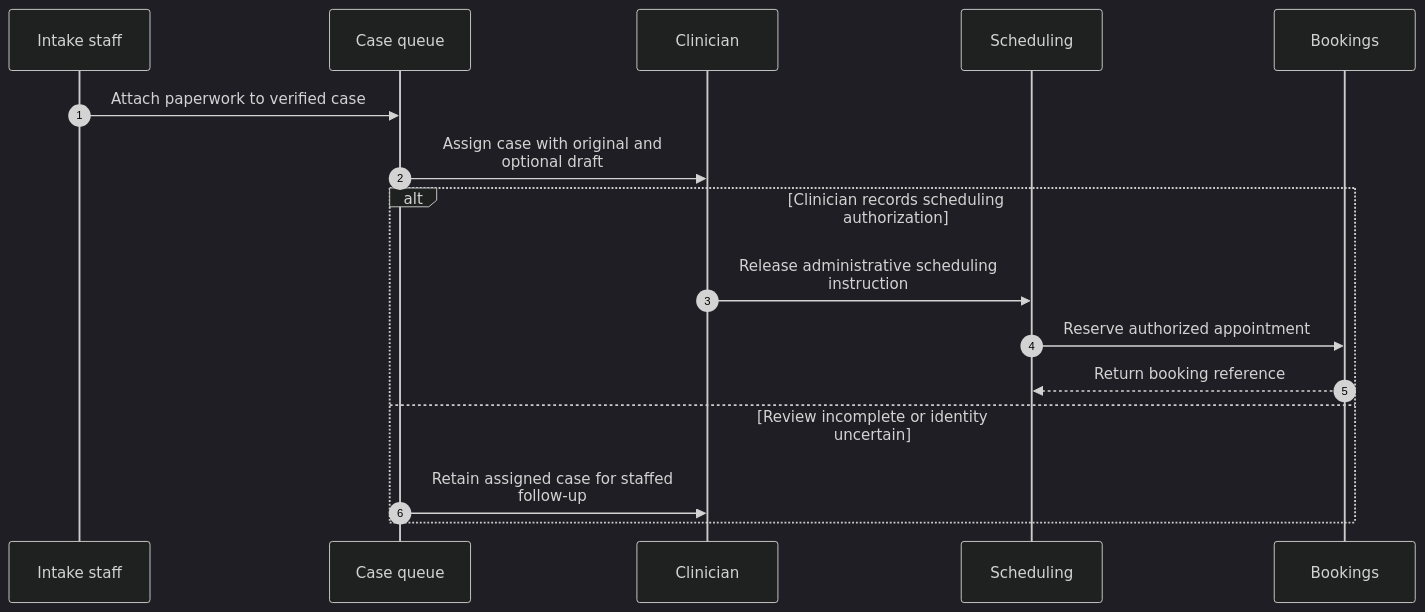
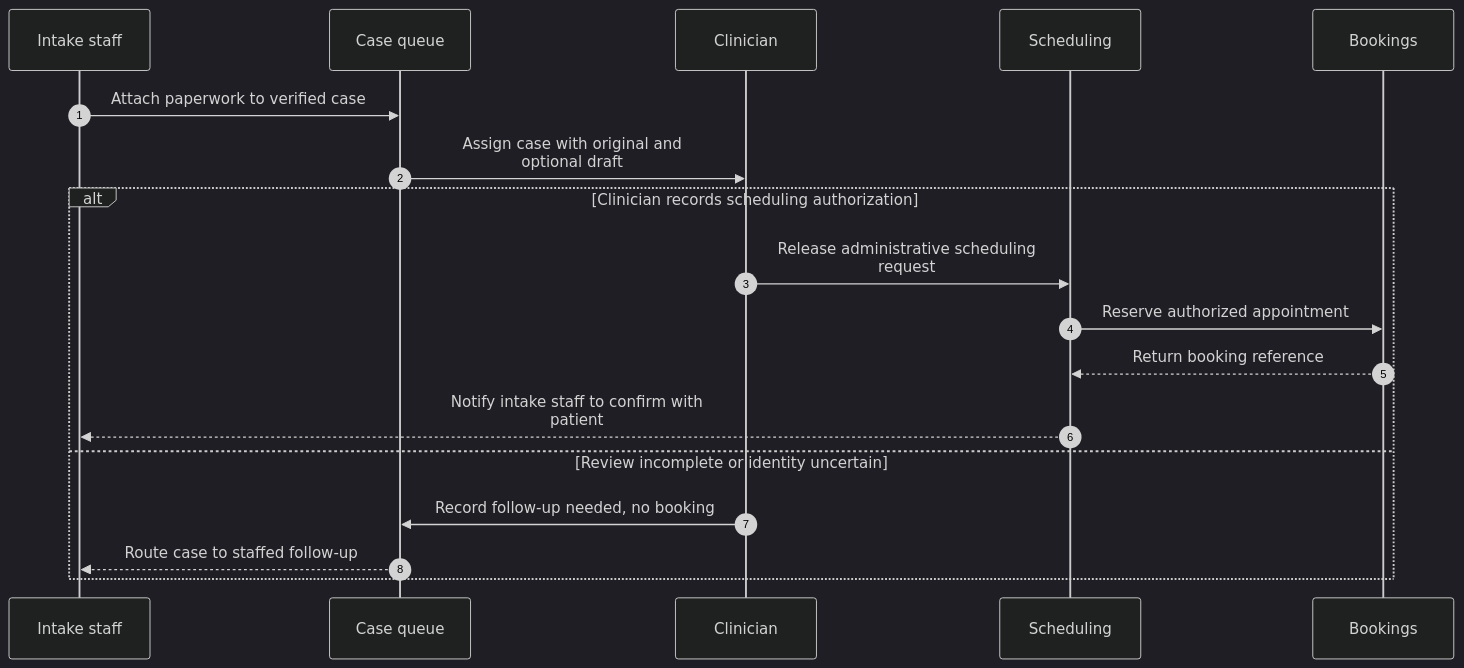
Before and after one commit to abhishek-ai-enabler/copilotstudio-architecture-patterns: the second of 2 diagrams in solution-ideas/cardiology-intake.md, drawn with Mermaid (dark theme). The commit also changed other lines of this file and 41 other files, not shown here.

First line of the commit message:
Review diagrams: add return paths and fix flow accuracy

````diff
--- a/solution-ideas/cardiology-intake.md
+++ b/solution-ideas/cardiology-intake.md
@@ -40,19 +41,21 @@
 ```mermaid
 sequenceDiagram
     accTitle: Clinician-reviewed cardiology intake and scheduling - technical flow
     autonumber
     participant U as Intake staff
     participant D as Case queue
     participant H as Clinician
     participant F as Scheduling
     participant B as Bookings
     U->>D: Attach paperwork to verified case
     D->>H: Assign case with original and<br/>optional draft
     alt Clinician records scheduling authorization
-        H->>F: Release administrative scheduling<br/>instruction
-        F->>B: Reserve authorized appointment
-        B-->>F: Return booking reference
+      H->>F: Release administrative scheduling<br/>request
+      F->>B: Reserve authorized appointment
+      B-->>F: Return booking reference
+      F-->>U: Notify intake staff to confirm with<br/>patient
     else Review incomplete or identity uncertain
-        D->>H: Retain assigned case for staffed<br/>follow-up
+      H->>D: Record follow-up needed, no booking
+      D-->>U: Route case to staffed follow-up
     end
 ```
````
